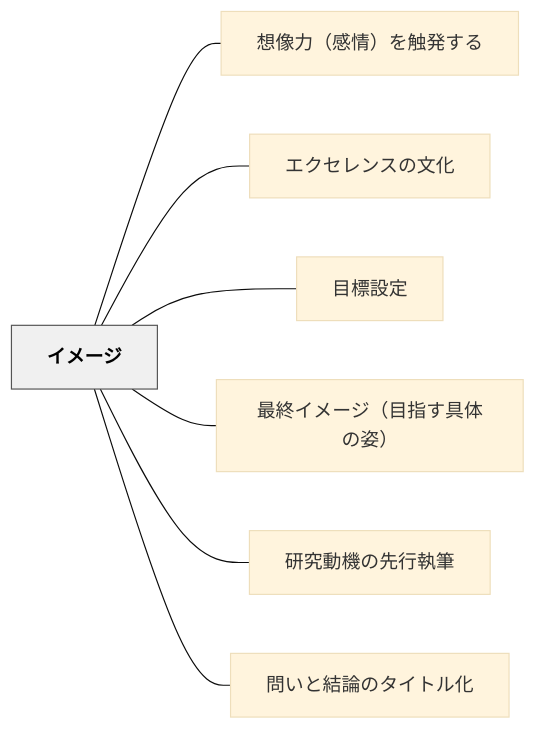
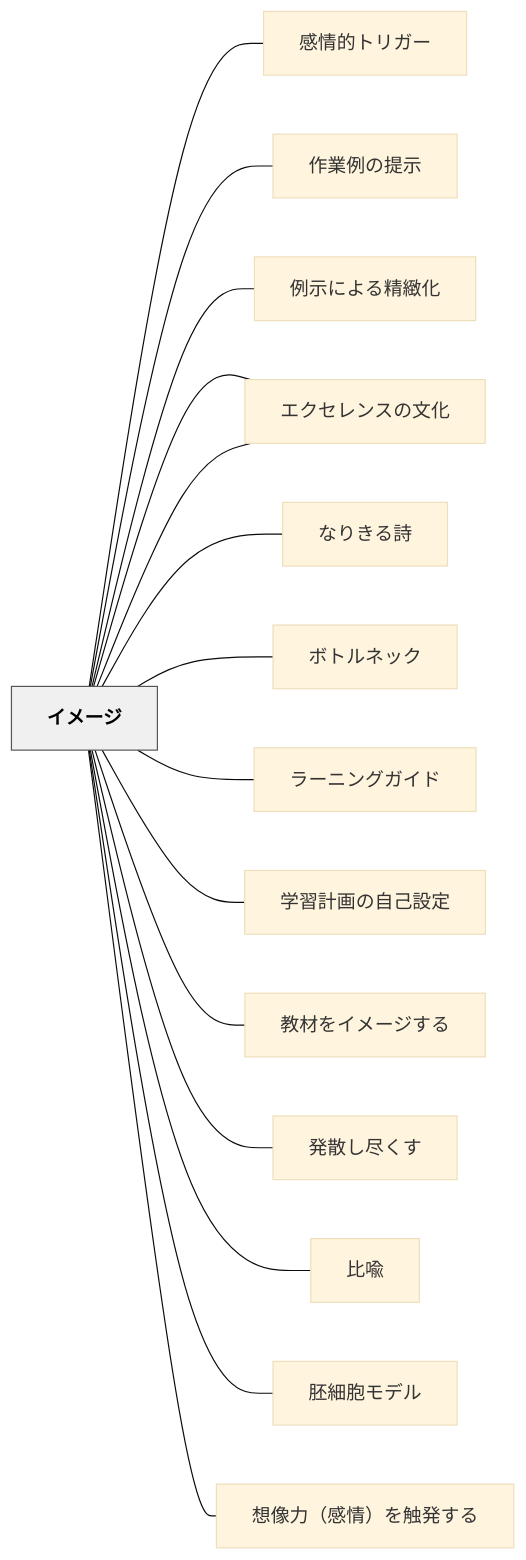
Before and after one commit to unknownthings-ed-patterns/unknownthings-ed-patterns: the diagram in content/パタン/イメージ.md, drawn with Mermaid (base theme). The commit also changed other lines of this file and 473 other files, not shown here.

````diff
--- a/content/パタン/イメージ.md
+++ b/content/パタン/イメージ.md
@@ -53,20 +65,36 @@
 ```mermaid
 flowchart LR
     ne382a4e383a1["イメージ"]
+    ne6849fe68385["感情的トリガー"]
+    ne4bd9ce6a5ad["作業例の提示"]
+    ne4be8be7a4ba["例示による精緻化"]
+    ne382a8e382af["エクセレンスの収集家"]
+    ne381aae3828a["なりきる詩"]
+    ne3839ce38388["ボトルネック"]
+    ne383a9e383bc["ラーニングガイド"]
+    ne5ada6e7bf92["学習計画の自己設定"]
+    ne69599e69d90["教材をイメージする"]
+    ne799bae695a3["発散し尽くす"]
+    ne6af94e596a9["比喩"]
+    ne8839ae7b4b0["胚細胞モデル"]
     ne683b3e5838f["想像力（感情）を触発する"]
     ne382a8e382af["エクセレンスの文化"]
-    ne79baee6a899["目標設定"]
-    ne69c80e7b582["最終イメージ（目指す具体の姿）"]
-    ne7a094e7a9b6["研究動機の先行執筆"]
-    ne5958fe38184["問いと結論のタイトル化"]
 
+    ne382a4e383a1 --- ne6849fe68385
+    ne382a4e383a1 --- ne4bd9ce6a5ad
+    ne382a4e383a1 --- ne4be8be7a4ba
+    ne382a4e383a1 --- ne382a8e382af
+    ne382a4e383a1 --- ne381aae3828a
+    ne382a4e383a1 --- ne3839ce38388
+    ne382a4e383a1 --- ne383a9e383bc
+    ne382a4e383a1 --- ne5ada6e7bf92
+    ne382a4e383a1 --- ne69599e69d90
+    ne382a4e383a1 --- ne799bae695a3
+    ne382a4e383a1 --- ne6af94e596a9
+    ne382a4e383a1 --- ne8839ae7b4b0
     ne382a4e383a1 --- ne683b3e5838f
     ne382a4e383a1 --- ne382a8e382af
-    ne382a4e383a1 --- ne79baee6a899
-    ne382a4e383a1 --- ne69c80e7b582
-    ne382a4e383a1 --- ne7a094e7a9b6
-    ne382a4e383a1 --- ne5958fe38184
 
     classDef hub fill:#f0f0f0,stroke:#555,color:#000,font-weight:bold
     class ne382a4e383a1 hub
 ```
````
